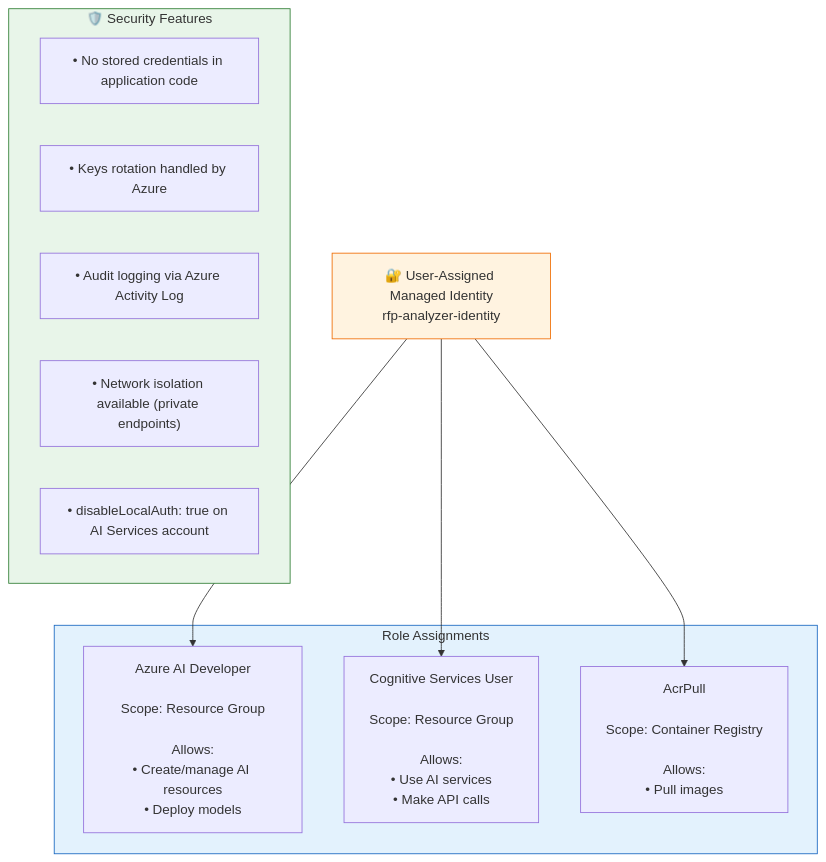
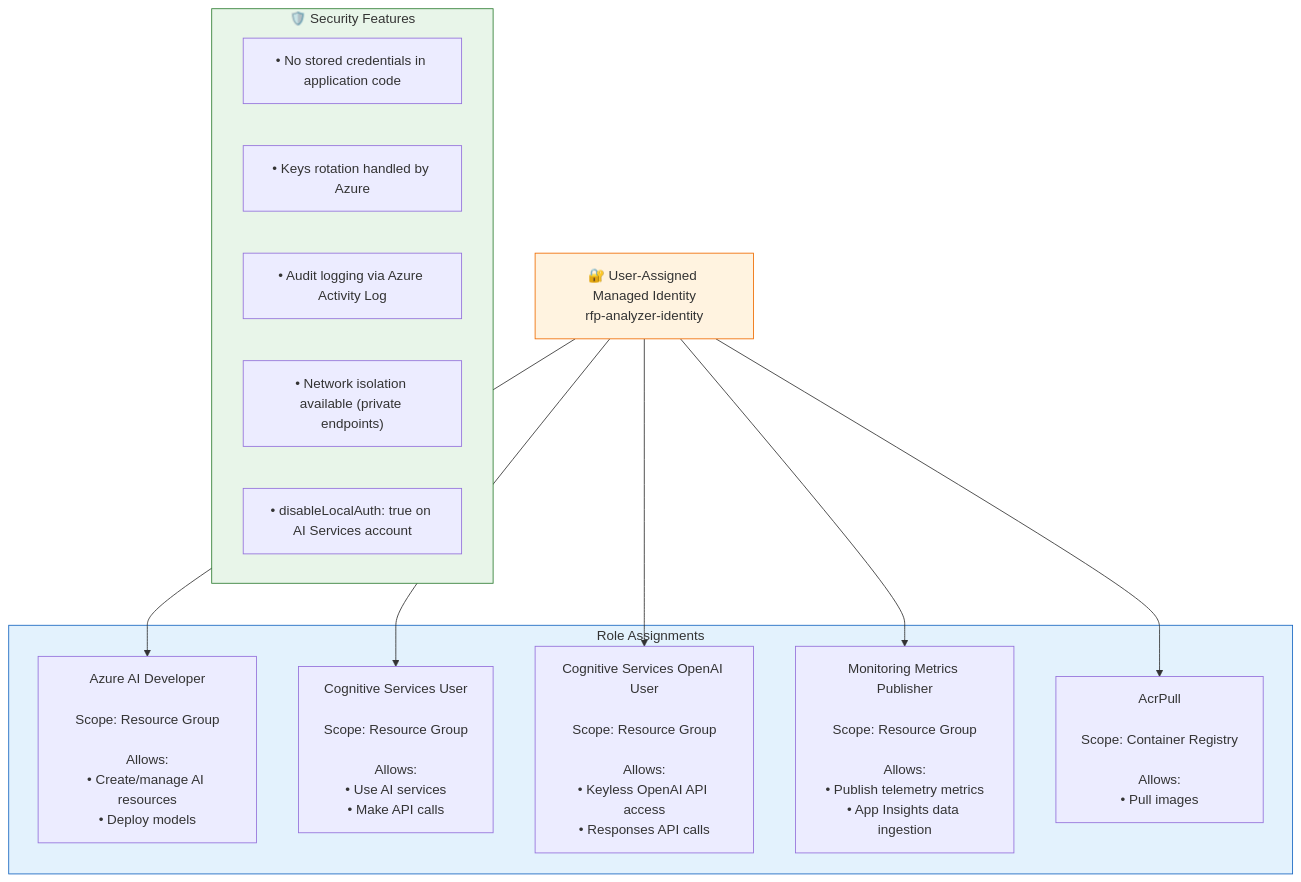
Diagram 17 of 23 in docs/ARCHITECTURE.md (amgdy/rfp-analyzer), drawn with Mermaid before and after one commit. The commit also changed other lines of this file and 5 other files, not shown here.

First line of the commit message:
Fix step1_upload IndentationError, update .env.example, IaC, README, and ARCHITECTURE docs

````diff
--- a/docs/ARCHITECTURE.md
+++ b/docs/ARCHITECTURE.md
@@ -634,24 +669,26 @@
 ```mermaid
 flowchart TB
     MI["🔐 User-Assigned Managed Identity<br>rfp-analyzer-identity"]
     
-    MI --> R1 & R2 & R3
+    MI --> R1 & R2 & R3 & R4 & R5
     
     subgraph Roles["Role Assignments"]
         R1["Azure AI Developer<br><br>Scope: Resource Group<br><br>Allows:<br>• Create/manage AI resources<br>• Deploy models"]
         R2["Cognitive Services User<br><br>Scope: Resource Group<br><br>Allows:<br>• Use AI services<br>• Make API calls"]
-        R3["AcrPull<br><br>Scope: Container Registry<br><br>Allows:<br>• Pull images"]
+        R3["Cognitive Services OpenAI User<br><br>Scope: Resource Group<br><br>Allows:<br>• Keyless OpenAI API access<br>• Responses API calls"]
+        R4["Monitoring Metrics Publisher<br><br>Scope: Resource Group<br><br>Allows:<br>• Publish telemetry metrics<br>• App Insights data ingestion"]
+        R5["AcrPull<br><br>Scope: Container Registry<br><br>Allows:<br>• Pull images"]
     end
     
     subgraph Security["🛡️ Security Features"]
         S1["• No stored credentials in application code"]
         S2["• Keys rotation handled by Azure"]
         S3["• Audit logging via Azure Activity Log"]
         S4["• Network isolation available (private endpoints)"]
         S5["• disableLocalAuth: true on AI Services account"]
     end
     
     style MI fill:#fff3e0,stroke:#ef6c00
     style Roles fill:#e3f2fd,stroke:#1565c0
     style Security fill:#e8f5e9,stroke:#2e7d32
 ```
````
